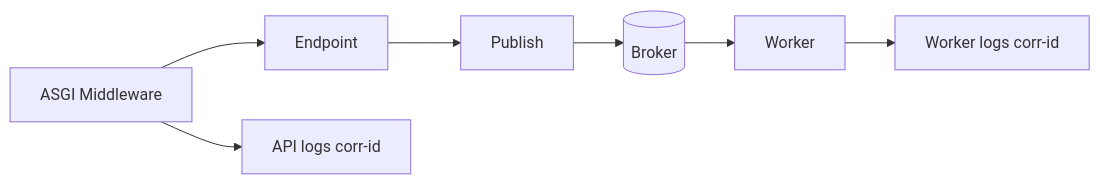
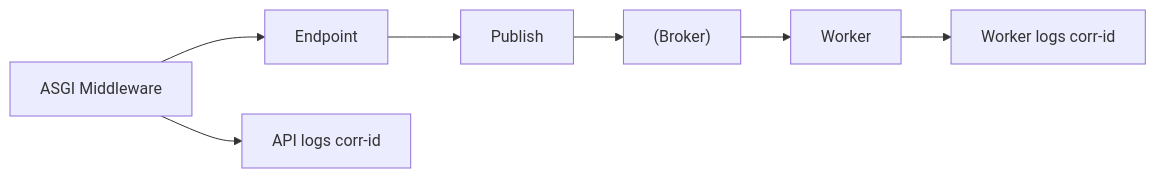
One commit to DDoSKudya/ai-study-atlas changed the diagram in directions/services/celery/pact/19_integraciya_s_fastapi_flask_i_drugimi_python_servisami/14_19_19_5_starlette_asgi_i_obshchiy_kontekst.md. Above: the diagram before and after it, drawn with Mermaid. The commit also changed 322 other files, not shown here.

Commit message:
fix(docs): make mermaid diagrams GitHub-compatible across directions content

````diff
--- a/directions/services/celery/pact/19_integraciya_s_fastapi_flask_i_drugimi_python_servisami/14_19_19_5_starlette_asgi_i_obshchiy_kontekst.md
+++ b/directions/services/celery/pact/19_integraciya_s_fastapi_flask_i_drugimi_python_servisami/14_19_19_5_starlette_asgi_i_obshchiy_kontekst.md
@@ -110,9 +110,9 @@
 ```mermaid
 flowchart LR
-  M[ASGI Middleware] --> E[Endpoint]
-  E --> P[Publish]
-  P --> B[(Broker)]
-  B --> W[Worker]
-  M --> L1[API logs corr-id]
-  W --> L2[Worker logs corr-id]
+  M["ASGI Middleware"] --> E["Endpoint"]
+  E --> P["Publish"]
+  P --> B["(Broker)"]
+  B --> W["Worker"]
+  M --> L1["API logs corr-id"]
+  W --> L2["Worker logs corr-id"]
 ```
````
